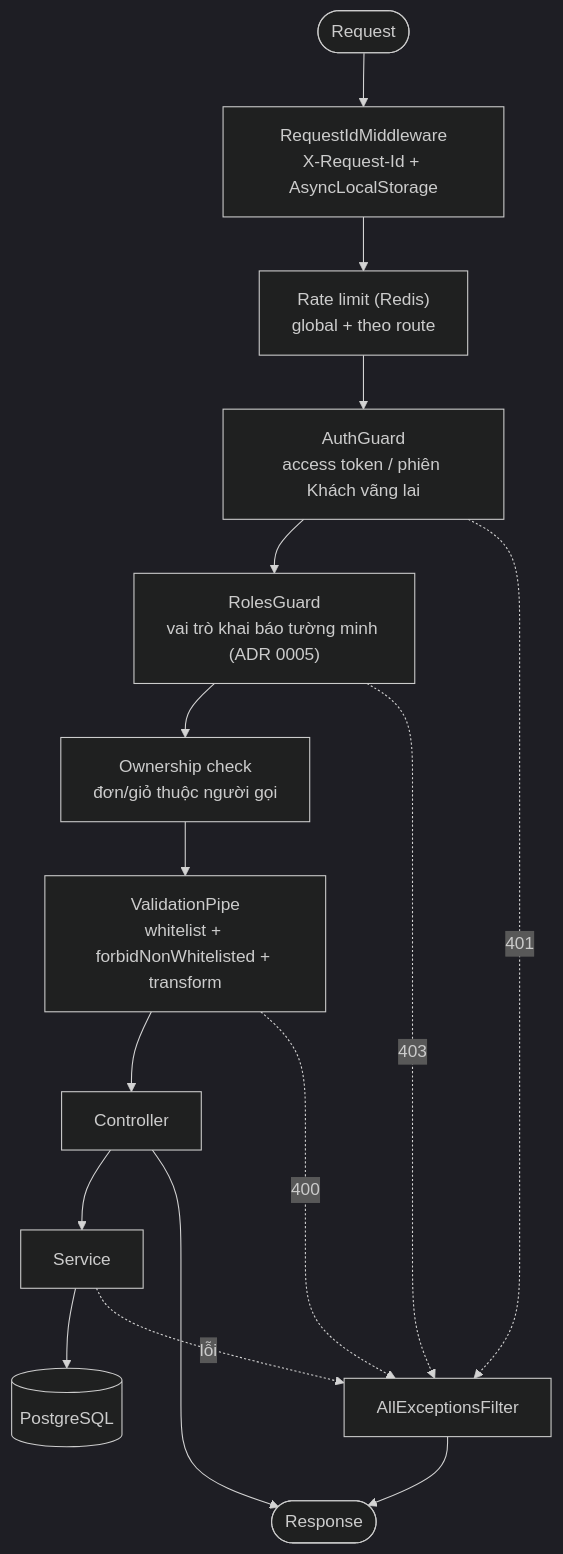
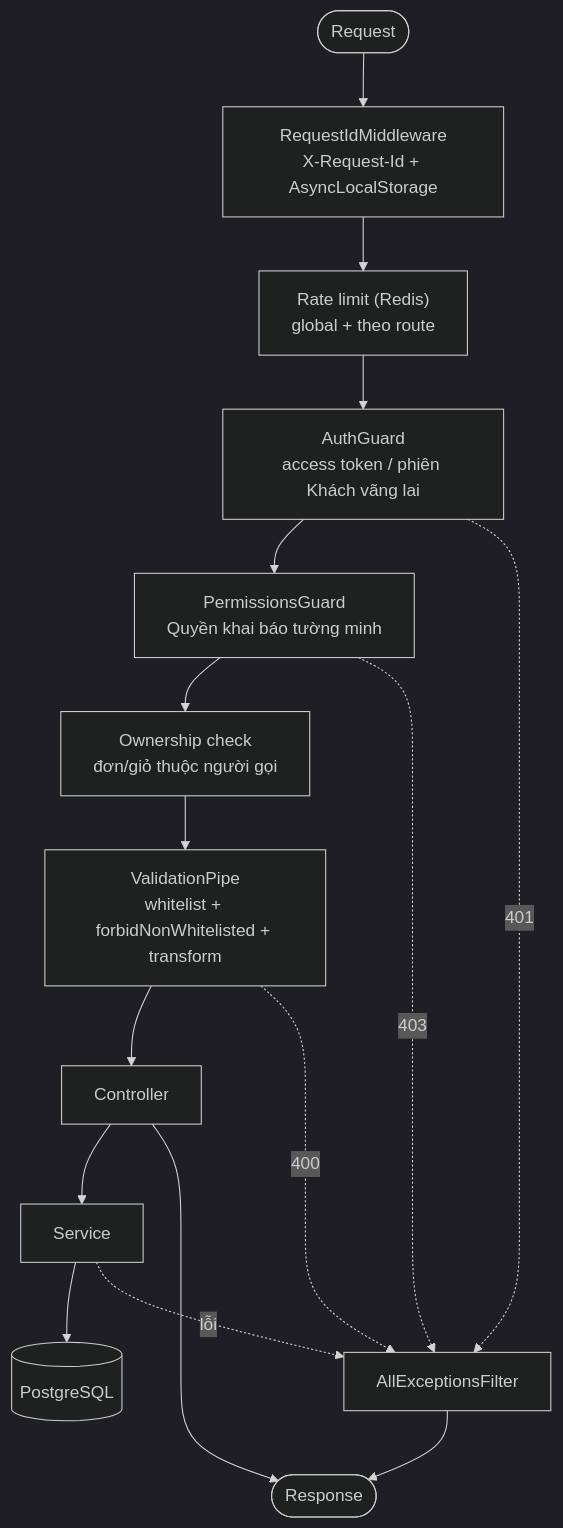
One commit to LuongCongThanh/be-demo changed the diagram in docs/architecture/03-api.md. Above: the diagram before and after it, drawn with Mermaid (dark theme). The commit also changed 36 other files, not shown here.

First line of the commit message:
feat(identity): add PermissionsGuard and permission-based @Authorize

````diff
--- a/docs/architecture/03-api.md
+++ b/docs/architecture/03-api.md
@@ -7,16 +7,16 @@
 ```mermaid
 flowchart TD
     Req(["Request"]) --> RID["RequestIdMiddleware<br/>X-Request-Id + AsyncLocalStorage"]
     RID --> TH["Rate limit (Redis)<br/>global + theo route"]
     TH --> AUTH["AuthGuard<br/>access token / phiên Khách vãng lai"]
-    AUTH --> ROLE["RolesGuard<br/>vai trò khai báo tường minh (ADR 0005)"]
+    AUTH --> ROLE["PermissionsGuard<br/>Quyền khai báo tường minh"]
     ROLE --> OWN["Ownership check<br/>đơn/giỏ thuộc người gọi"]
     OWN --> VP["ValidationPipe<br/>whitelist + forbidNonWhitelisted + transform"]
     VP --> C["Controller"] --> S["Service"] --> DB[("PostgreSQL")]
     S -. lỗi .-> F["AllExceptionsFilter"]
     AUTH -. 401 .-> F
     ROLE -. 403 .-> F
     VP -. 400 .-> F
     F --> Res(["Response"])
     C --> Res
 ```
````
